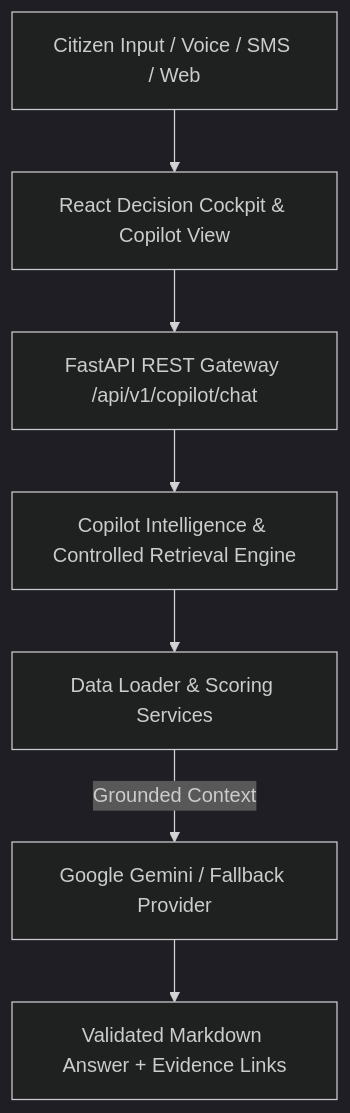
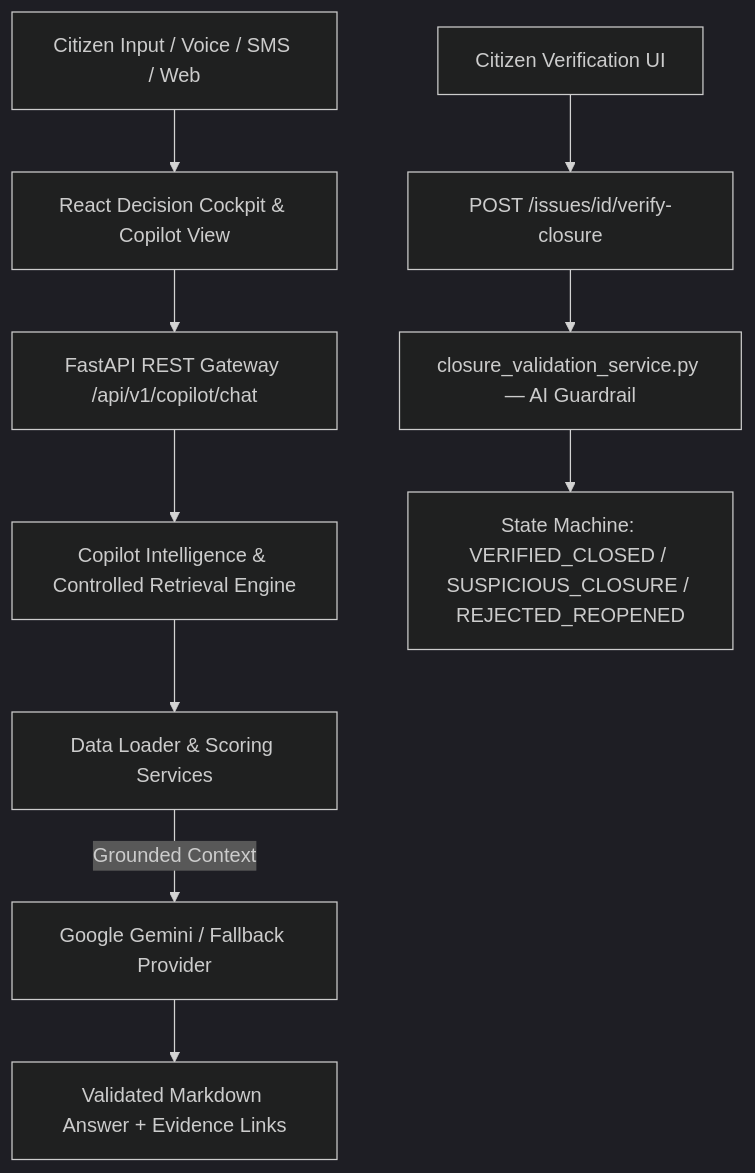
Before and after one commit to NaniToka/civicpulse-ai: the diagram in README.md, drawn with Mermaid (dark theme). The commit also changed other lines of this file and 1 other file, not shown here.

Commit message:
fix: render markdown inline in Copilot (no raw asterisks); update README with Theme, Anti-Fake Closure, and Copilot fix

````diff
--- a/README.md
+++ b/README.md
@@ -65,9 +130,12 @@
 ```mermaid
 graph TD
     A[Citizen Input / Voice / SMS / Web] --> B[React Decision Cockpit & Copilot View]
     B --> C[FastAPI REST Gateway /api/v1/copilot/chat]
     C --> D[Copilot Intelligence & Controlled Retrieval Engine]
     D --> E[Data Loader & Scoring Services]
     E -->|Grounded Context| F[Google Gemini / Fallback Provider]
     F --> G[Validated Markdown Answer + Evidence Links]
+    B2[Citizen Verification UI] --> C2[POST /issues/id/verify-closure]
+    C2 --> AI[closure_validation_service.py — AI Guardrail]
+    AI --> SM[State Machine: VERIFIED_CLOSED / SUSPICIOUS_CLOSURE / REJECTED_REOPENED]
 ```
````
